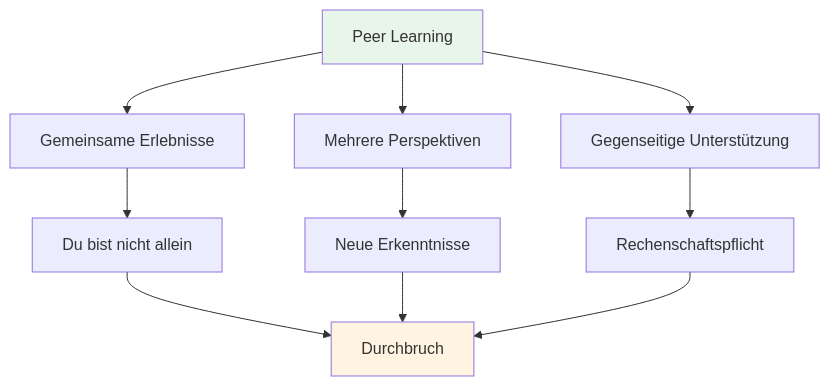
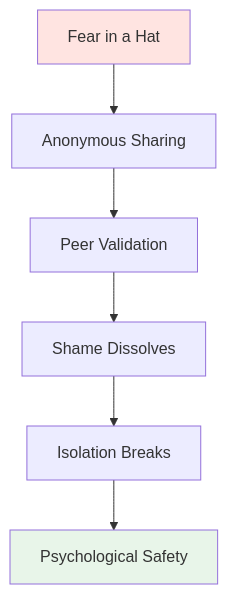
Before and after one commit to patwii/petanque-academy: the fourth of 4 diagrams in docs/de/workshop.md, drawn with Mermaid. The commit also changed other lines of this file and 259 other files, not shown here.

````diff
--- a/docs/de/workshop.md
+++ b/docs/de/workshop.md
@@ -129,17 +271,11 @@
 ```mermaid
 graph TD
-    A[Peer Learning] --> B[Gemeinsame Erlebnisse]
-    A --> C[Mehrere Perspektiven]
-    A --> D[Gegenseitige Unterstützung]
+    A[Fear in a Hat] --> B[Anonymous Sharing]
+    B --> C[Peer Validation]
+    C --> D[Shame Dissolves]
+    D --> E[Isolation Breaks]
+    E --> F[Psychological Safety]
 
-    B --> E[Du bist nicht allein]
-    C --> F[Neue Erkenntnisse]
-    D --> G[Rechenschaftspflicht]
-
-    E --> H[Durchbruch]
-    F --> H
-    G --> H
-
-    style A fill:#e8f5e9
-    style H fill:#fff4e1
+    style A fill:#ffe4e1
+    style F fill:#e8f5e9
 ```
````
